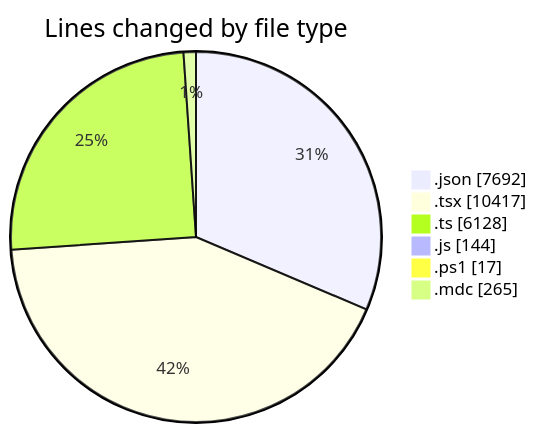
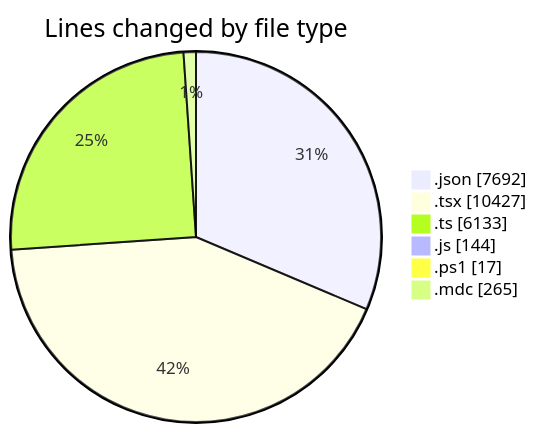
Before and after one commit to CELIANVF/code-tracking: the first of 2 diagrams in 2025-06-10/ecodeli-1/README.md, drawn with Mermaid. The commit also changed other lines of this file and 1 other file, not shown here.

````diff
--- a/2025-06-10/ecodeli-1/README.md
+++ b/2025-06-10/ecodeli-1/README.md
@@ -76,10 +76,10 @@
 ```mermaid
 pie showData
 title Lines changed by file type
 ".json" : 7692
-".tsx" : 10417
-".ts" : 6128
+".tsx" : 10427
+".ts" : 6133
 ".js" : 144
 ".ps1" : 17
 ".mdc" : 265
 ```
````
